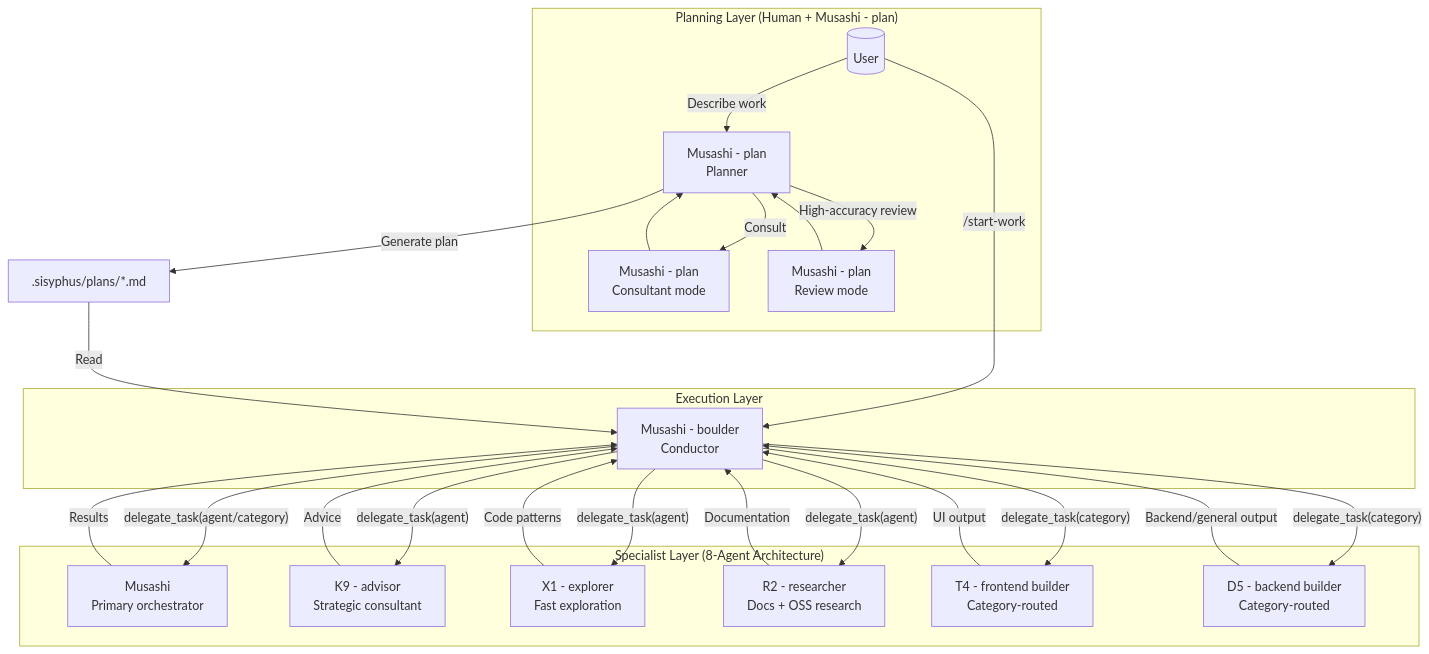
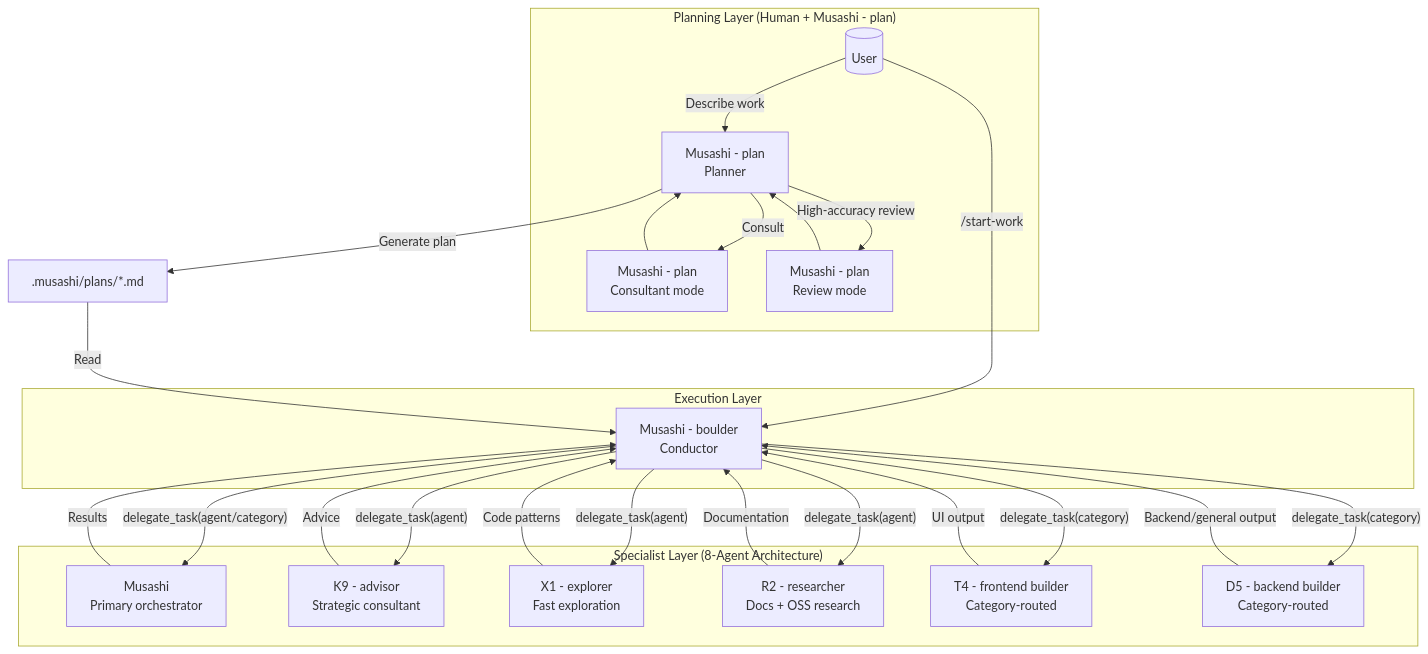
One commit to codewithkenzo/oh-my-opencode changed the first of 4 diagrams in docs/guide/understanding-orchestration-system.md. Above: the diagram before and after it, drawn with Mermaid. The commit also changed other lines of this file and 9 other files, not shown here.

````diff
--- a/docs/guide/understanding-orchestration-system.md
+++ b/docs/guide/understanding-orchestration-system.md
@@ -22,46 +22,46 @@
 ```mermaid
 flowchart TB
     subgraph Planning["Planning Layer (Human + Musashi - plan)"]
         User[("User")]
         Plan["Musashi - plan<br/>Planner"]
         Consultant["Musashi - plan<br/>Consultant mode"]
         Reviewer["Musashi - plan<br/>Review mode"]
     end
 
     subgraph Execution["Execution Layer"]
         Boulder["Musashi - boulder<br/>Conductor"]
     end
 
     subgraph Workers["Specialist Layer (8-Agent Architecture)"]
         Musashi["Musashi<br/>Primary orchestrator"]
         K9["K9 - advisor<br/>Strategic consultant"]
         X1["X1 - explorer<br/>Fast exploration"]
         R2["R2 - researcher<br/>Docs + OSS research"]
         T4["T4 - frontend builder<br/>Category-routed"]
         D5["D5 - backend builder<br/>Category-routed"]
     end
 
     User -->|"Describe work"| Plan
     Plan -->|"Consult"| Consultant
     Consultant --> Plan
     Plan -->|"High-accuracy review"| Reviewer
     Reviewer --> Plan
-    Plan -->|"Generate plan"| PlanFile[".sisyphus/plans/*.md"]
+    Plan -->|"Generate plan"| PlanFile[".musashi/plans/*.md"]
 
     User -->|"/start-work"| Boulder
     PlanFile -->|"Read"| Boulder
 
     Boulder -->|"delegate_task(agent/category)"| Musashi
     Boulder -->|"delegate_task(agent)"| K9
     Boulder -->|"delegate_task(agent)"| X1
     Boulder -->|"delegate_task(agent)"| R2
     Boulder -->|"delegate_task(category)"| T4
     Boulder -->|"delegate_task(category)"| D5
 
     Musashi -->|"Results"| Boulder
     K9 -->|"Advice"| Boulder
     X1 -->|"Code patterns"| Boulder
     R2 -->|"Documentation"| Boulder
     T4 -->|"UI output"| Boulder
     D5 -->|"Backend/general output"| Boulder
 ```
````
